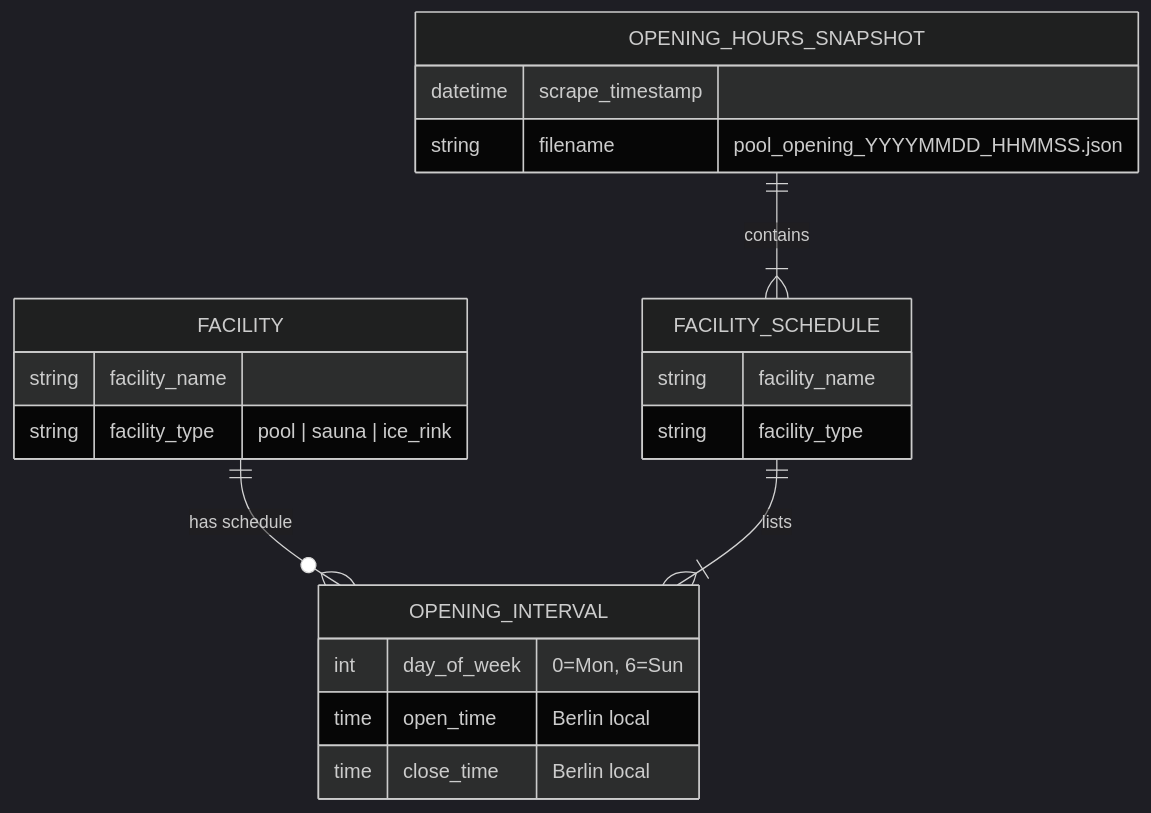
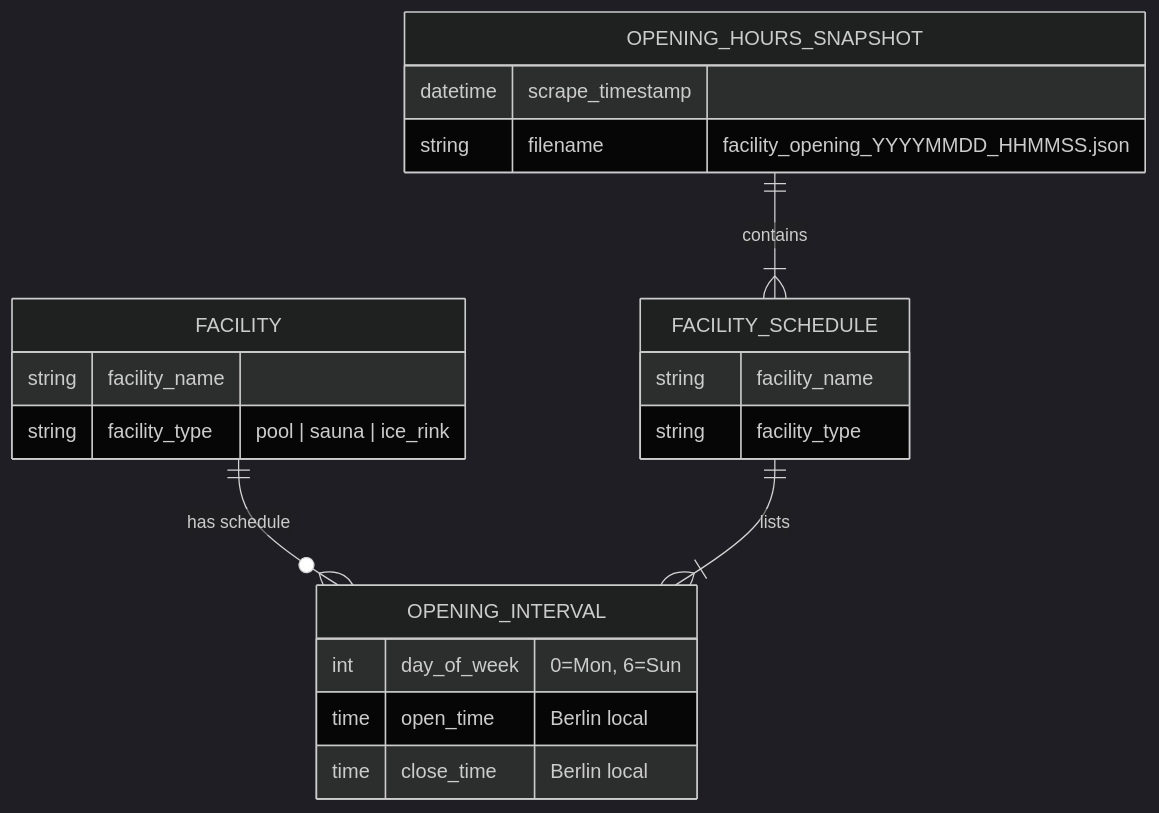
The first of 2 diagrams in Specs/changes/integrate-opening-hours/domain.md (tillg/swm_pool_data), drawn with Mermaid (dark theme) before and after one commit. The commit also changed other lines of this file and 5 other files, not shown here.

````diff
--- a/Specs/changes/integrate-opening-hours/domain.md
+++ b/Specs/changes/integrate-opening-hours/domain.md
@@ -78,23 +90,23 @@
 ```mermaid
 erDiagram
     FACILITY ||--o{ OPENING_INTERVAL : "has schedule"
     FACILITY {
         string facility_name
         string facility_type "pool | sauna | ice_rink"
     }
     OPENING_INTERVAL {
         int day_of_week "0=Mon, 6=Sun"
         time open_time "Berlin local"
         time close_time "Berlin local"
     }
     OPENING_HOURS_SNAPSHOT ||--|{ FACILITY_SCHEDULE : contains
     FACILITY_SCHEDULE ||--|{ OPENING_INTERVAL : "lists"
     OPENING_HOURS_SNAPSHOT {
         datetime scrape_timestamp
-        string filename "pool_opening_YYYYMMDD_HHMMSS.json"
+        string filename "facility_opening_YYYYMMDD_HHMMSS.json"
     }
     FACILITY_SCHEDULE {
         string facility_name
         string facility_type
     }
 ```
````
